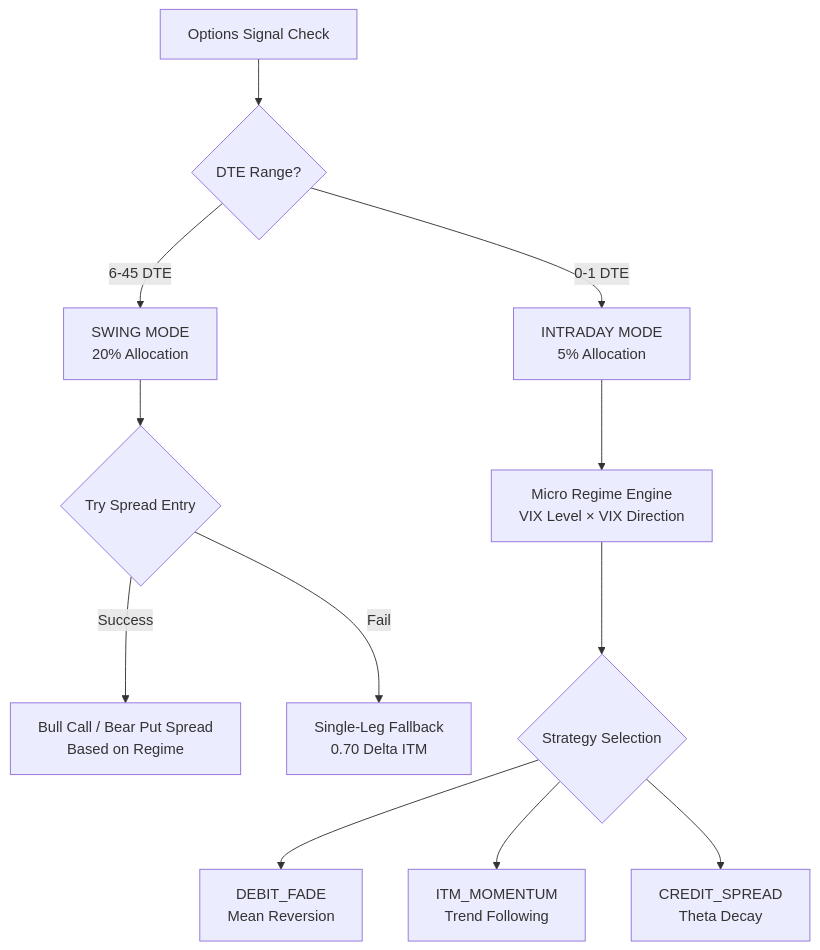
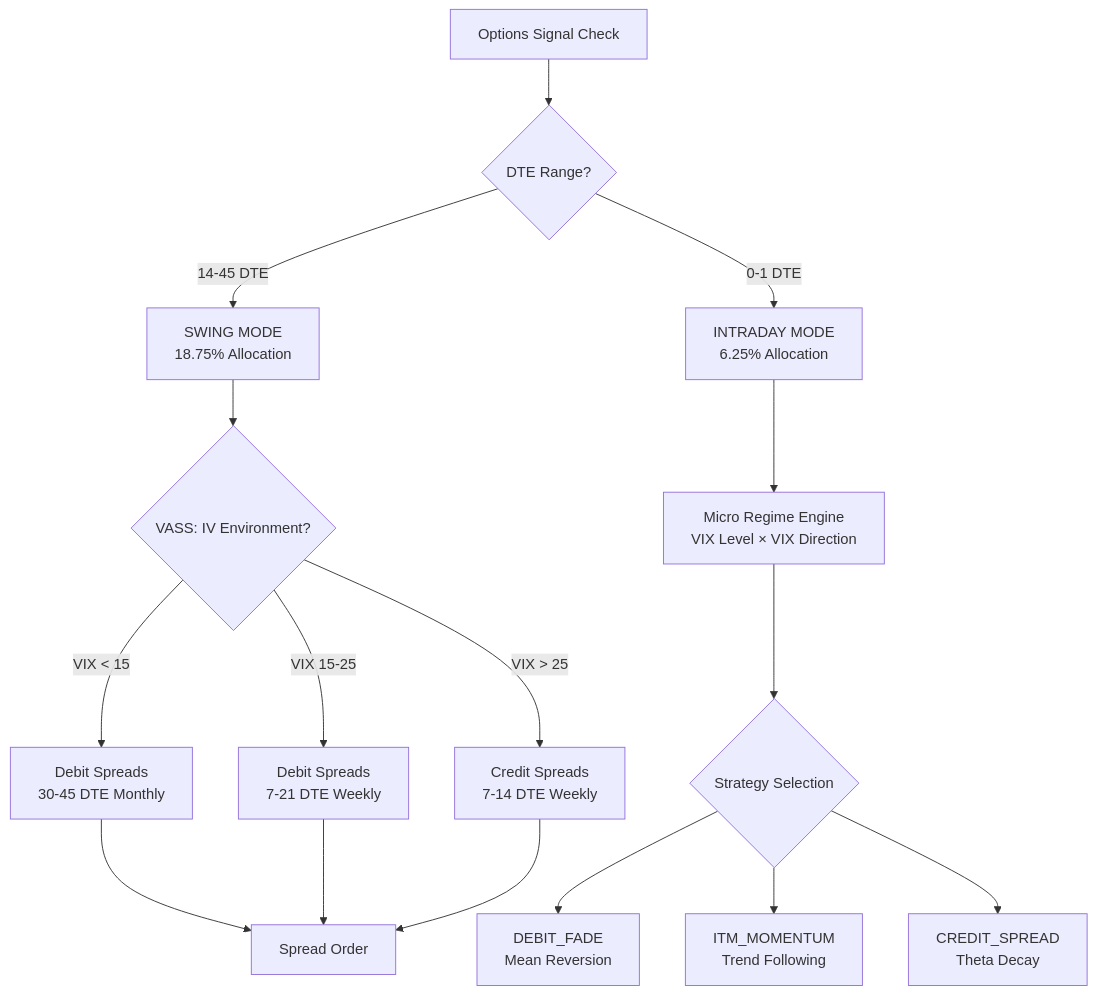
One commit to vickdavinci/alpha-nextgen-v2-private changed the eighth of 12 diagrams in docs/system/ENGINE_LOGIC_REFERENCE.md. Above: the diagram before and after it, drawn with Mermaid. The commit also changed other lines of this file and 8 other files, not shown here.

````diff
--- a/docs/system/ENGINE_LOGIC_REFERENCE.md
+++ b/docs/system/ENGINE_LOGIC_REFERENCE.md
@@ -415,17 +435,22 @@
 ```mermaid
 flowchart TD
     START[Options Signal Check] --> MODE{DTE Range?}
 
-    MODE -->|6-45 DTE| SWING[SWING MODE<br/>20% Allocation]
-    MODE -->|0-1 DTE| INTRADAY[INTRADAY MODE<br/>5% Allocation]
+    MODE -->|14-45 DTE| SWING[SWING MODE<br/>18.75% Allocation]
+    MODE -->|0-1 DTE| INTRADAY[INTRADAY MODE<br/>6.25% Allocation]
 
-    SWING --> SPREAD{Try Spread Entry}
-    SPREAD -->|Success| SPREAD_ORDER[Bull Call / Bear Put Spread<br/>Based on Regime]
-    SPREAD -->|Fail| FALLBACK[Single-Leg Fallback<br/>0.70 Delta ITM]
+    SWING --> VASS{VASS: IV Environment?}
+    VASS -->|VIX < 15| DEBIT_MONTHLY[Debit Spreads<br/>30-45 DTE Monthly]
+    VASS -->|VIX 15-25| DEBIT_WEEKLY[Debit Spreads<br/>7-21 DTE Weekly]
+    VASS -->|VIX > 25| CREDIT_WEEKLY[Credit Spreads<br/>7-14 DTE Weekly]
+
+    DEBIT_MONTHLY --> SPREAD_ORDER[Spread Order]
+    DEBIT_WEEKLY --> SPREAD_ORDER
+    CREDIT_WEEKLY --> SPREAD_ORDER
 
     INTRADAY --> MICRO[Micro Regime Engine<br/>VIX Level × VIX Direction]
     MICRO --> STRAT{Strategy Selection}
     STRAT --> FADE[DEBIT_FADE<br/>Mean Reversion]
     STRAT --> MOMENTUM[ITM_MOMENTUM<br/>Trend Following]
     STRAT --> CREDIT[CREDIT_SPREAD<br/>Theta Decay]
 ```
````
